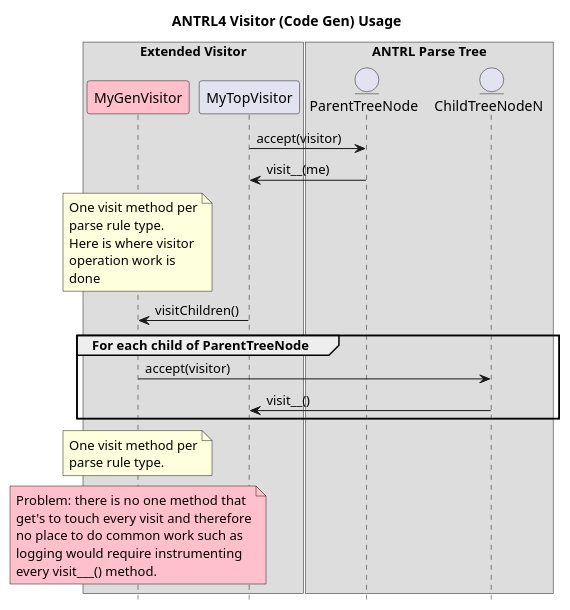
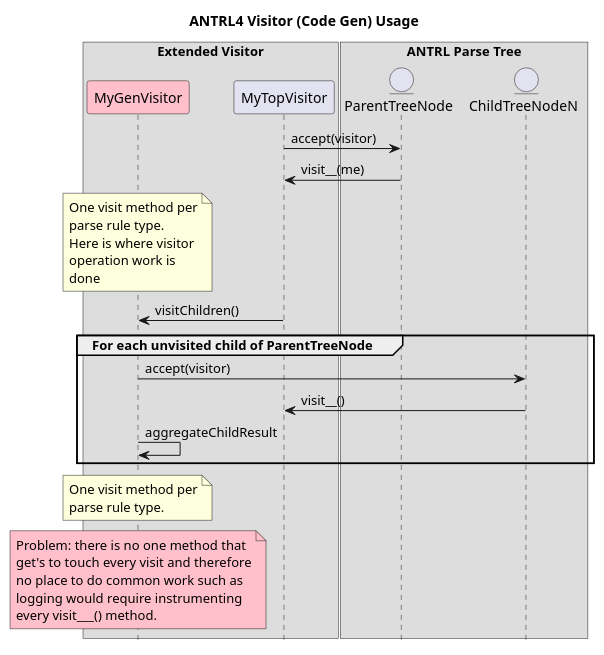
One commit to jimcoles/space-java changed the diagram in plant-doc/antrl4-visitor.puml. Above: the diagram before and after it, drawn with PlantUML. The commit also changed 42 other files, not shown here.

Commit message:
Added imports, package stmnts. Fooling with sequence and set reps in syntax and AST. Initial .space source for Space runtime lib. Still a bit broken.

```diff
--- a/plant-doc/antrl4-visitor.puml
+++ b/plant-doc/antrl4-visitor.puml
@@ -1,46 +1,47 @@
 @startuml
 
 title ANTRL4 Visitor (Code Gen) Usage
 hide footbox
 
 box "Extended Visitor"
     participant MyGenVisitor #Pink
     participant MyTopVisitor
 end box
 
 box "ANTRL Parse Tree"
     entity ParentTreeNode
     entity ChildTreeNodeN
 end box
 
 MyTopVisitor -> ParentTreeNode: accept(visitor)
 ParentTreeNode -> MyTopVisitor: visit__(me)
 note over MyGenVisitor
     One visit method per
     parse rule type.
     Here is where visitor
     operation work is
     done
 end note
 
 MyTopVisitor -> MyGenVisitor: visitChildren()
 
-group For each child of ParentTreeNode
+group For each unvisited child of ParentTreeNode
     MyGenVisitor -> ChildTreeNodeN: accept(visitor)
     ChildTreeNodeN -> MyTopVisitor: visit__()
+    MyGenVisitor -> MyGenVisitor: aggregateChildResult
 end
 
 note over MyGenVisitor
     One visit method per
     parse rule type.
 end note
 
 note over MyGenVisitor #Pink
     Problem: there is no one method that
     get's to touch every visit and therefore
     no place to do common work such as
     logging would require instrumenting
     every visit___() method.
 end note
 
 @enduml
```
